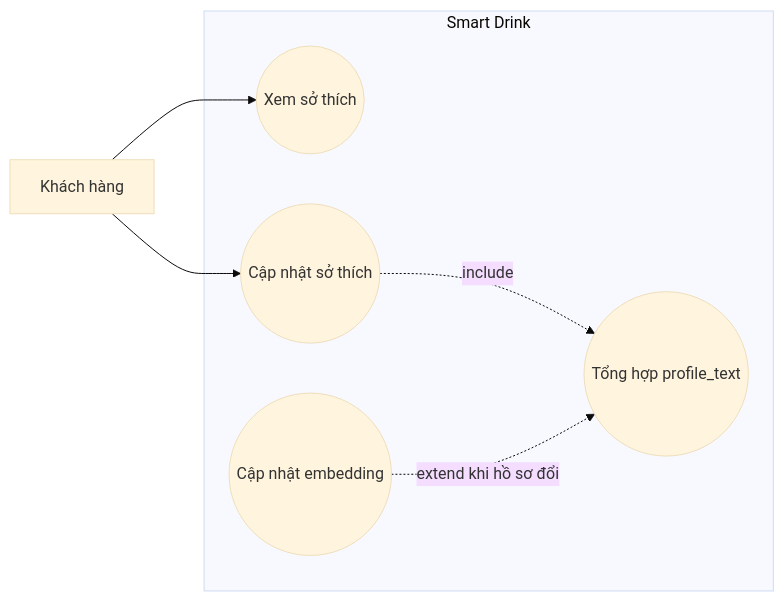
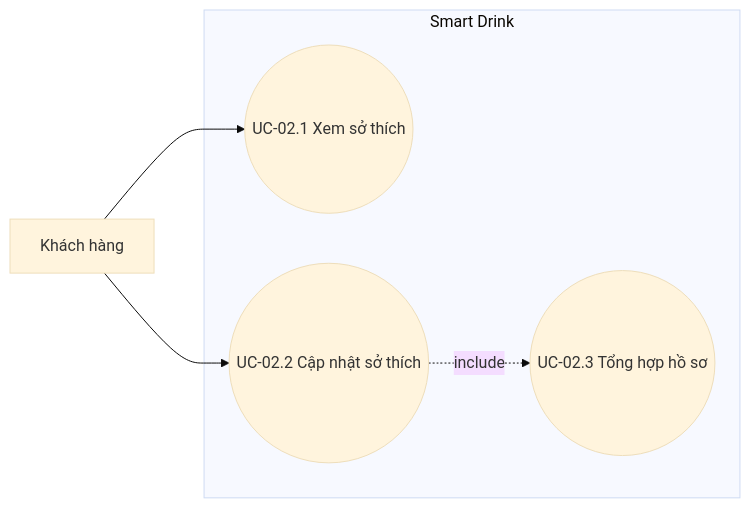
One commit to alisa12405/drink_app changed the second of 10 diagrams in tai_lieu_phan_tich_thiet_ke_he_thong/03-dac-ta-ca-su-dung.md. Above: the diagram before and after it, drawn with Mermaid (base theme). The commit also changed other lines of this file and 4 other files, not shown here.

````diff
--- a/tai_lieu_phan_tich_thiet_ke_he_thong/03-dac-ta-ca-su-dung.md
+++ b/tai_lieu_phan_tich_thiet_ke_he_thong/03-dac-ta-ca-su-dung.md
@@ -55,14 +69,12 @@
 ```mermaid
 flowchart LR
     Customer[Khách hàng]
     subgraph SYS[Smart Drink]
-        View((Xem sở thích))
-        Edit((Cập nhật sở thích))
-        Compose((Tổng hợp profile_text))
-        Embed((Cập nhật embedding))
+        View((UC-02.1 Xem sở thích))
+        Update((UC-02.2 Cập nhật sở thích))
+        Profile((UC-02.3 Tổng hợp hồ sơ))
     end
     Customer --> View
-    Customer --> Edit
-    Edit -. include .-> Compose
-    Embed -. extend khi hồ sơ đổi .-> Compose
+    Customer --> Update
+    Update -. include .-> Profile
 ```
````
